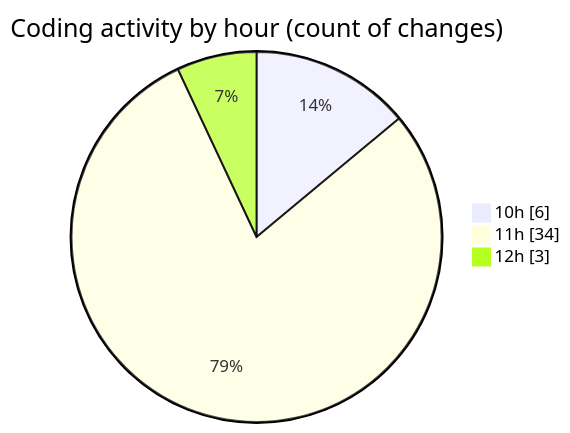
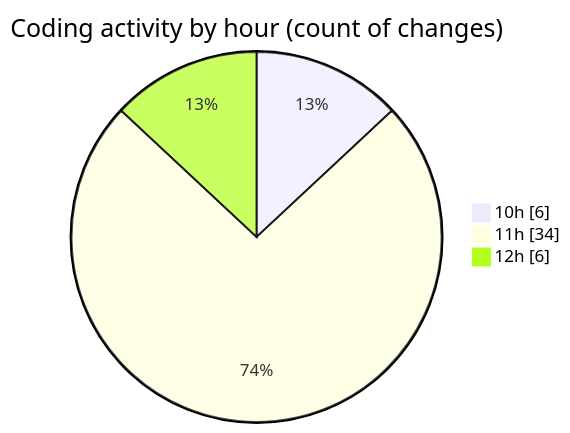
Before and after one commit to momahboobian/code-tracking: the second of 2 diagrams in 2025-08-13/cda/README.md, drawn with Mermaid. The commit also changed other lines of this file and 1 other file, not shown here.

````diff
--- a/2025-08-13/cda/README.md
+++ b/2025-08-13/cda/README.md
@@ -33,7 +33,7 @@
 ```mermaid
 pie showData
 title Coding activity by hour (count of changes)
 "10h" : 6
 "11h" : 34
-"12h" : 3
+"12h" : 6
 ```
````
